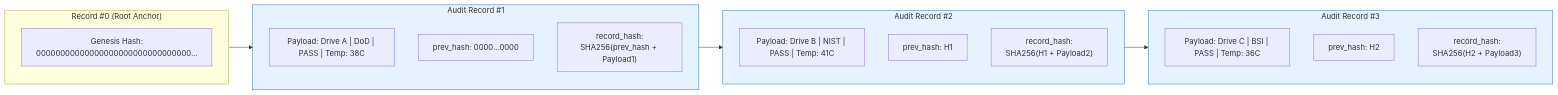
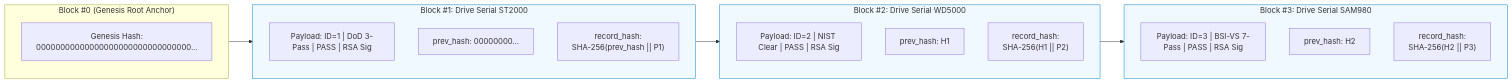
Before and after one commit to pranaash31/Secure-Data-Wiping: the ninth of 13 diagrams in PROJECT_STUDY_GUIDE.md, drawn with Mermaid. The commit also changed other lines of this file, not shown here.

````diff
--- a/PROJECT_STUDY_GUIDE.md
+++ b/PROJECT_STUDY_GUIDE.md
@@ -241,32 +465,32 @@
 ```mermaid
 flowchart LR
-    subgraph GENESIS["Record #0 (Root Anchor)"]
+    subgraph GENESIS["Block #0 (Genesis Root Anchor)"]
         G_HASH["Genesis Hash:\n00000000000000000000000000000000..."]
     end
 
-    subgraph REC1["Audit Record #1"]
-        P1["Payload: Drive A | DoD | PASS | Temp: 38C"]
-        PREV1["prev_hash: 0000...0000"]
-        H1["record_hash:\nSHA256(prev_hash + Payload1)"]
+    subgraph BLOCK1["Block #1: Drive Serial ST2000"]
+        P1["Payload: ID=1 | DoD 3-Pass | PASS | RSA Sig"]
+        PREV1["prev_hash: 00000000..."]
+        H1["record_hash:\nSHA-256(prev_hash || P1)"]
     end
 
-    subgraph REC2["Audit Record #2"]
-        P2["Payload: Drive B | NIST | PASS | Temp: 41C"]
+    subgraph BLOCK2["Block #2: Drive Serial WD5000"]
+        P2["Payload: ID=2 | NIST Clear | PASS | RSA Sig"]
         PREV2["prev_hash: H1"]
-        H2["record_hash:\nSHA256(H1 + Payload2)"]
+        H2["record_hash:\nSHA-256(H1 || P2)"]
     end
 
-    subgraph REC3["Audit Record #3"]
-        P3["Payload: Drive C | BSI | PASS | Temp: 36C"]
+    subgraph BLOCK3["Block #3: Drive Serial SAM980"]
+        P3["Payload: ID=3 | BSI-VS 7-Pass | PASS | RSA Sig"]
         PREV3["prev_hash: H2"]
-        H3["record_hash:\nSHA256(H2 + Payload3)"]
+        H3["record_hash:\nSHA-256(H2 || P3)"]
     end
 
-    GENESIS --> REC1
-    REC1 --> REC2
-    REC2 --> REC3
+    GENESIS --> BLOCK1
+    BLOCK1 --> BLOCK2
+    BLOCK2 --> BLOCK3
 
-    style REC1 fill:#e6f3ff,stroke:#2b6cb0
-    style REC2 fill:#e6f3ff,stroke:#2b6cb0
-    style REC3 fill:#e6f3ff,stroke:#2b6cb0
+    style BLOCK1 fill:#f0f9ff,stroke:#0284c7
+    style BLOCK2 fill:#f0f9ff,stroke:#0284c7
+    style BLOCK3 fill:#f0f9ff,stroke:#0284c7
 ```
````
